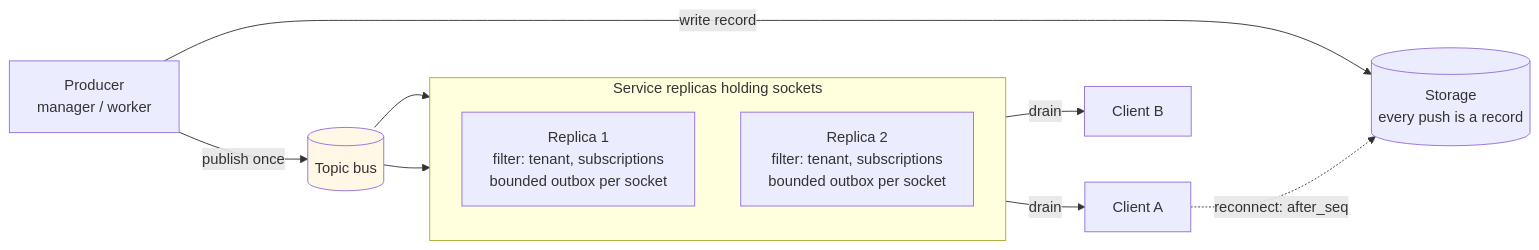
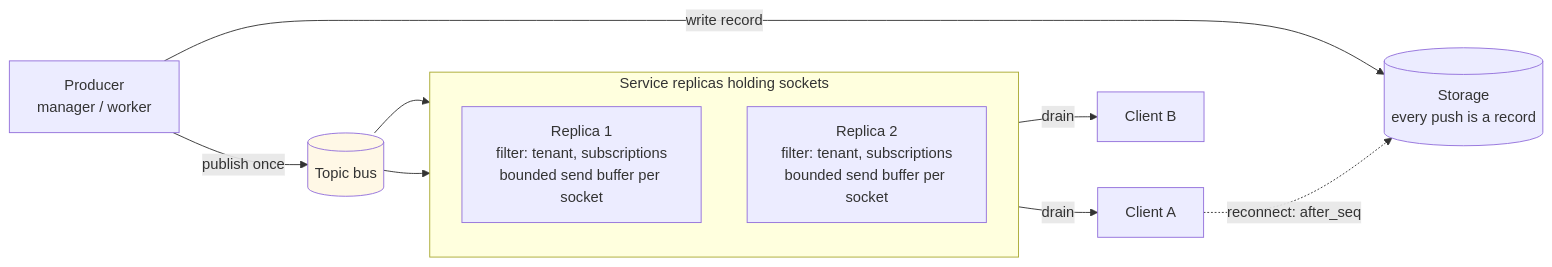
The third of 7 diagrams in architecture.md (Crack525/swe_guidelines), drawn with Mermaid before and after one commit. The commit also changed other lines of this file and 22 other files, not shown here.

````diff
--- a/architecture.md
+++ b/architecture.md
@@ -1710,25 +1796,25 @@
 ``` mermaid
 flowchart LR
     Prod[Producer<br/>manager / worker]
     Bus[(Topic bus)]
 
     subgraph Replicas [Service replicas holding sockets]
         direction TB
-        I1[Replica 1<br/>filter: tenant, subscriptions<br/>bounded outbox per socket]
-        I2[Replica 2<br/>filter: tenant, subscriptions<br/>bounded outbox per socket]
+        I1[Replica 1<br/>filter: tenant, subscriptions<br/>bounded send buffer per socket]
+        I2[Replica 2<br/>filter: tenant, subscriptions<br/>bounded send buffer per socket]
     end
 
     Sto[(Storage<br/>every push is a record)]
     UserA[Client A]
     UserB[Client B]
 
     Prod -->|write record| Sto
     Prod -->|publish once| Bus
     Bus --> I1
     Bus --> I2
     I1 -->|drain| UserA
     I2 -->|drain| UserB
     UserA -.->|reconnect: after_seq| Sto
 
     style Bus fill:#fff8e6
 ```
````
